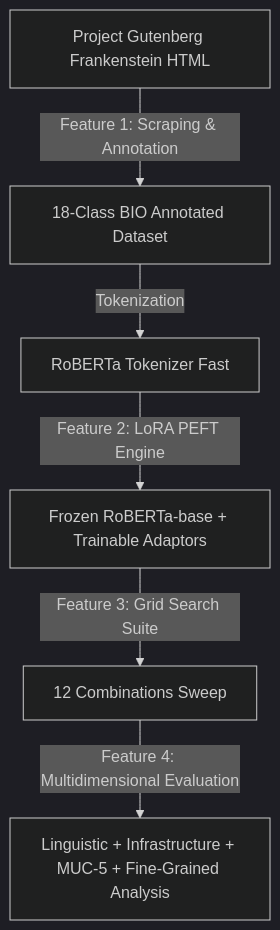
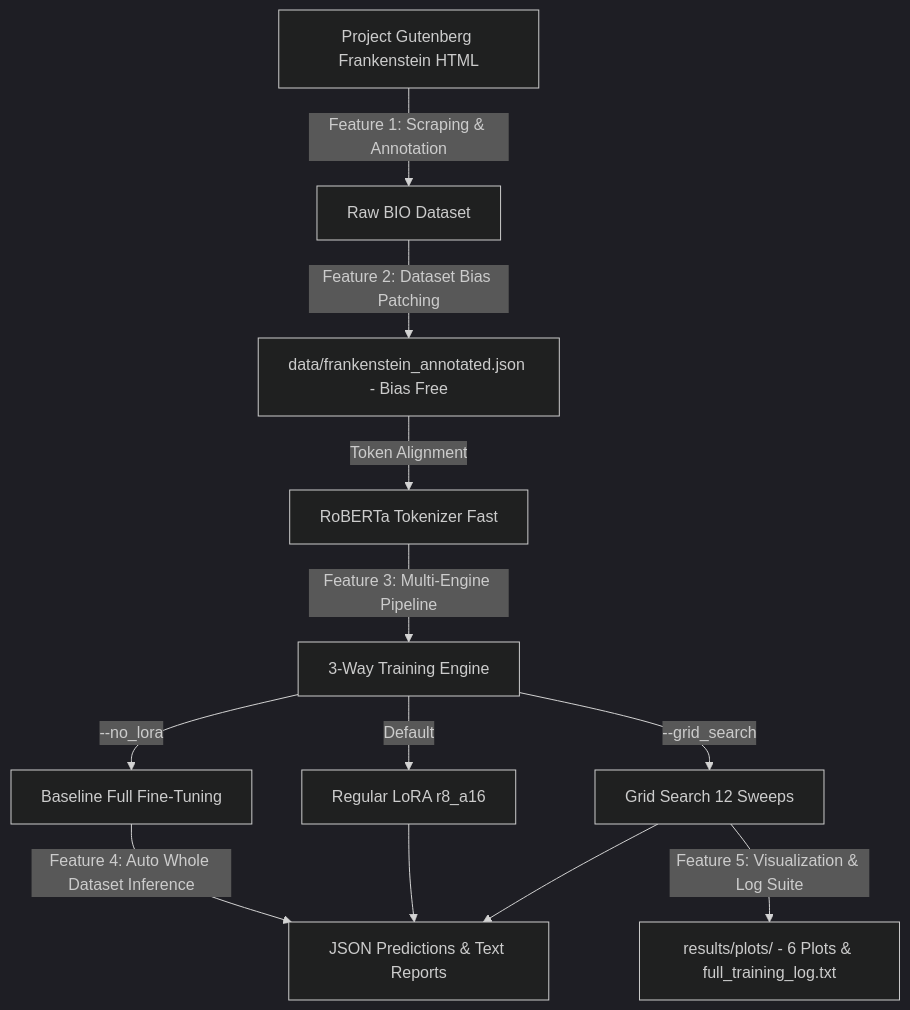
One commit to difadlyaulhaq/lora-roberta-frankenstein-ner changed the diagram in PRD_Updated.md. Above: the diagram before and after it, drawn with Mermaid (dark theme). The commit also changed other lines of this file and 2 other files, not shown here.

````diff
--- a/PRD_Updated.md
+++ b/PRD_Updated.md
@@ -29,8 +32,14 @@
 ```mermaid
 graph TD
-    A[Project Gutenberg Frankenstein HTML] -->|Feature 1: Scraping & Annotation| B[18-Class BIO Annotated Dataset]
-    B -->|Tokenization| C[RoBERTa Tokenizer Fast]
-    C -->|Feature 2: LoRA PEFT Engine| D[Frozen RoBERTa-base + Trainable Adaptors]
-    D -->|Feature 3: Grid Search Suite| E[12 Combinations Sweep]
-    E -->|Feature 4: Multidimensional Evaluation| F[Linguistic + Infrastructure + MUC-5 + Fine-Grained Analysis]
+    A[Project Gutenberg Frankenstein HTML] -->|Feature 1: Scraping & Annotation| B[Raw BIO Dataset]
+    B -->|Feature 2: Dataset Bias Patching| C[data/frankenstein_annotated.json - Bias Free]
+    C -->|Token Alignment| D[RoBERTa Tokenizer Fast]
+    D -->|Feature 3: Multi-Engine Pipeline| E[3-Way Training Engine]
+    E -->|--no_lora| E1[Baseline Full Fine-Tuning]
+    E -->|Default| E2[Regular LoRA r8_a16]
+    E -->|--grid_search| E3[Grid Search 12 Sweeps]
+    E1 -->|Feature 4: Auto Whole Dataset Inference| F[JSON Predictions & Text Reports]
+    E2 --> F
+    E3 --> F
+    E3 -->|Feature 5: Visualization & Log Suite| G[results/plots/ - 6 Plots & full_training_log.txt]
 ```
````
